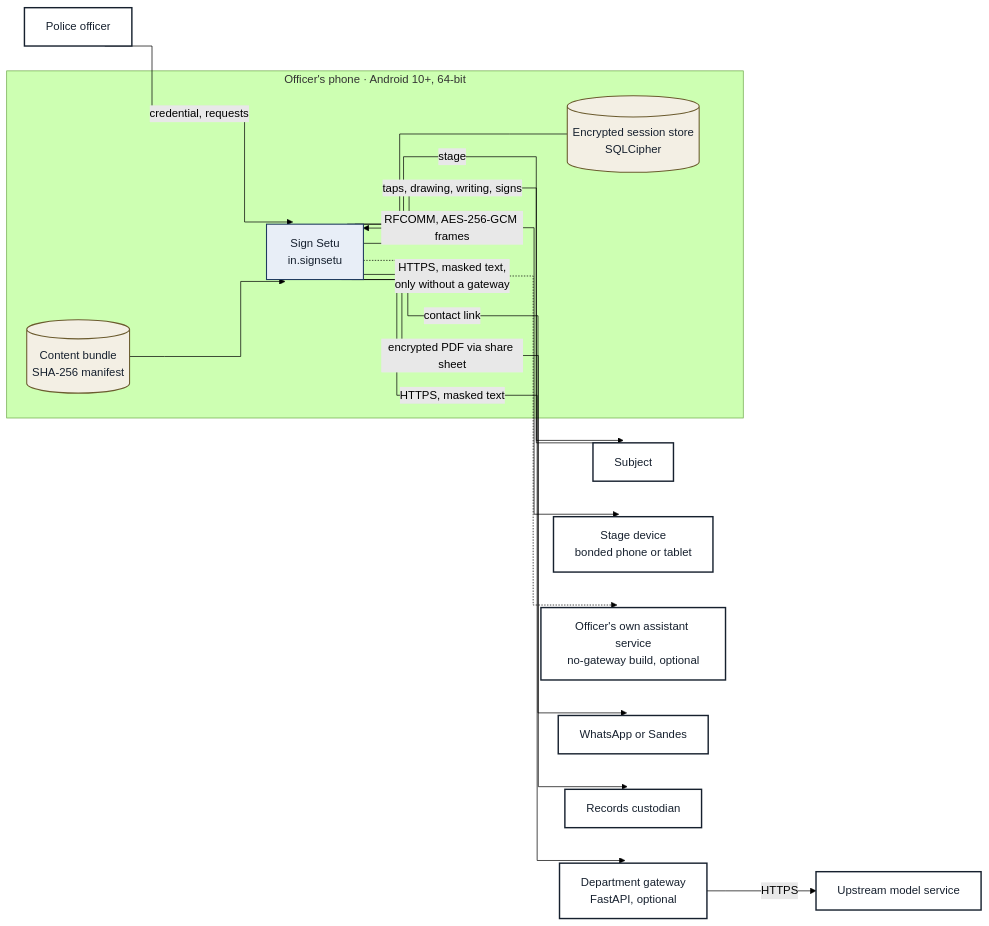
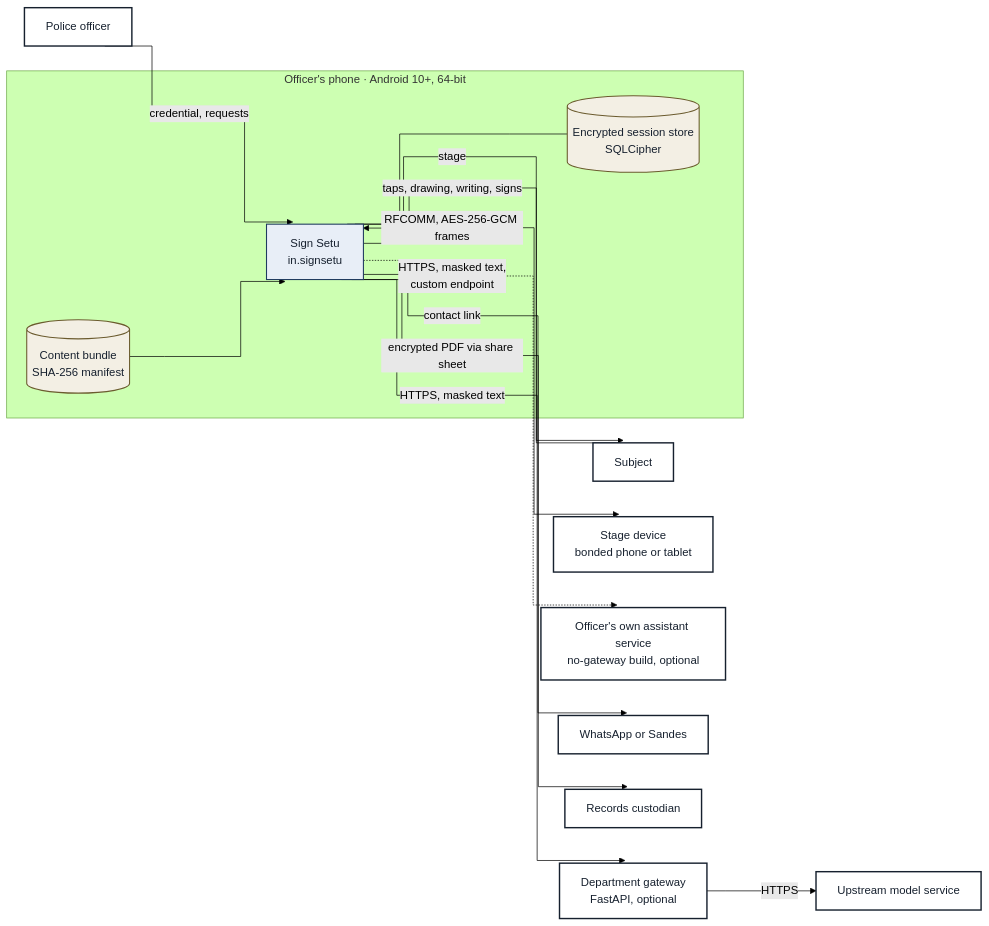
The first of 16 diagrams in docs/02-architecture.md (CiValidator/SScivalidator), drawn with Mermaid (forest theme) before and after one commit. The commit also changed other lines of this file and 45 other files, not shown here.

````diff
--- a/docs/02-architecture.md
+++ b/docs/02-architecture.md
@@ -12,31 +12,31 @@
 ```mermaid
 %%{init: {"flowchart": {"curve": "step"}}}%%
 flowchart LR
     OFF["Police officer"]:::ext
     SUB["Subject"]:::ext
     subgraph PHONE["Officer's phone · Android 10+, 64-bit"]
         APP["Sign Setu<br/>in.signsetu"]:::comp
         DB[("Encrypted session store<br/>SQLCipher")]:::data
         BUNDLE[("Content bundle<br/>SHA-256 manifest")]:::data
     end
     STAGE["Stage device<br/>bonded phone or tablet"]:::ext
     GW["Department gateway<br/>FastAPI, optional"]:::ext
     DIRECT["Officer's own assistant service<br/>no-gateway build, optional"]:::ext
     UP["Upstream model service"]:::ext
     MSG["WhatsApp or Sandes"]:::ext
     CUST["Records custodian"]:::ext
     OFF -- "credential, requests" --> APP
     APP -- "stage" --> SUB
     SUB -- "taps, drawing, writing, signs" --> APP
     APP --- DB
     BUNDLE --> APP
     APP -- "RFCOMM, AES-256-GCM frames" --> STAGE
     APP -- "HTTPS, masked text" --> GW
-    APP -. "HTTPS, masked text,<br/>only without a gateway" .-> DIRECT
+    APP -. "HTTPS, masked text,<br/>custom endpoint" .-> DIRECT
     GW -- "HTTPS" --> UP
     APP -- "contact link" --> MSG
     APP -- "encrypted PDF via share sheet" --> CUST
     classDef ext fill:#ffffff,stroke:#16202e,stroke-width:2px,color:#16202e
     classDef comp fill:#e8eef7,stroke:#1f3a5f,stroke-width:1.5px,color:#16202e
     classDef data fill:#f3efe4,stroke:#6b5b2e,stroke-width:1.5px,color:#16202e
 ```
````
